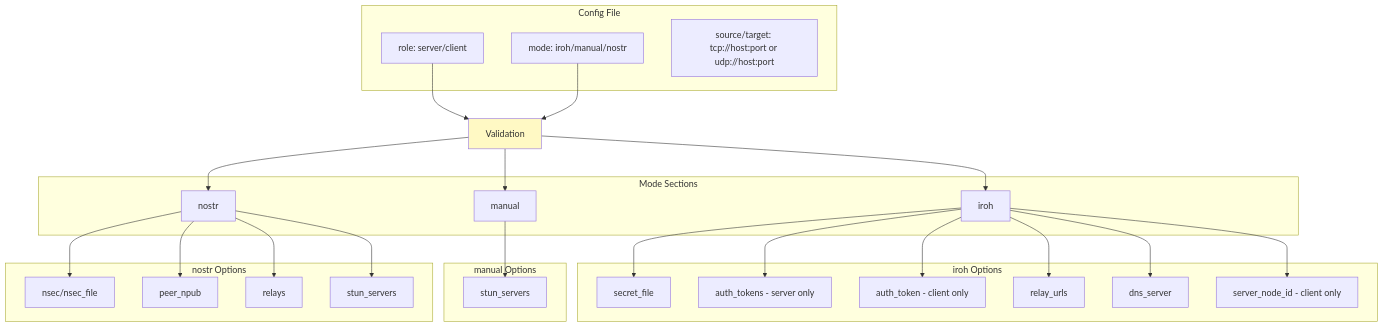
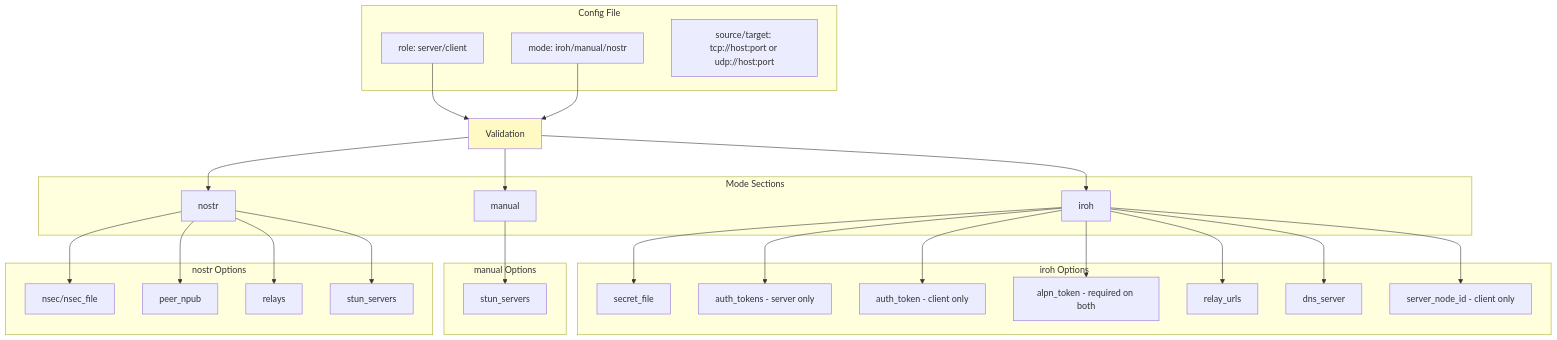
The tenth of 23 diagrams in docs/ARCHITECTURE.md (andrewtheguy/tunnel-rs), drawn with Mermaid before and after one commit. The commit also changed other lines of this file and 1 other file, not shown here.

Commit message:
feat: add relay resolution function and update architecture documentation for ALPN token usage

````diff
--- a/docs/ARCHITECTURE.md
+++ b/docs/ARCHITECTURE.md
@@ -420,55 +420,57 @@
 ```mermaid
 graph TB
     subgraph "Config File"
         A[role: server/client]
         B[mode: iroh/manual/nostr]
         C[source/target: tcp://host:port or udp://host:port]
     end
 
     subgraph "Mode Sections"
         E[iroh]
         G[manual]
         H[nostr]
     end
 
     subgraph "iroh Options"
         I[secret_file]
         I2[auth_tokens - server only]
         I3[auth_token - client only]
+        I4[alpn_token - required on both]
         J[relay_urls]
         L[dns_server]
         M[server_node_id - client only]
     end
 
     subgraph "manual Options"
         N[stun_servers]
     end
 
     subgraph "nostr Options"
         O[nsec/nsec_file]
         P[peer_npub]
         Q[relays]
         R[stun_servers]
     end
 
     A --> S[Validation]
     B --> S
     S --> E
     S --> G
     S --> H
 
     E --> I
     E --> I2
     E --> I3
+    E --> I4
     E --> J
     E --> L
     E --> M
 
     G --> N
     H --> O
     H --> P
     H --> Q
     H --> R
 
     style S fill:#FFF9C4
 ```
````
